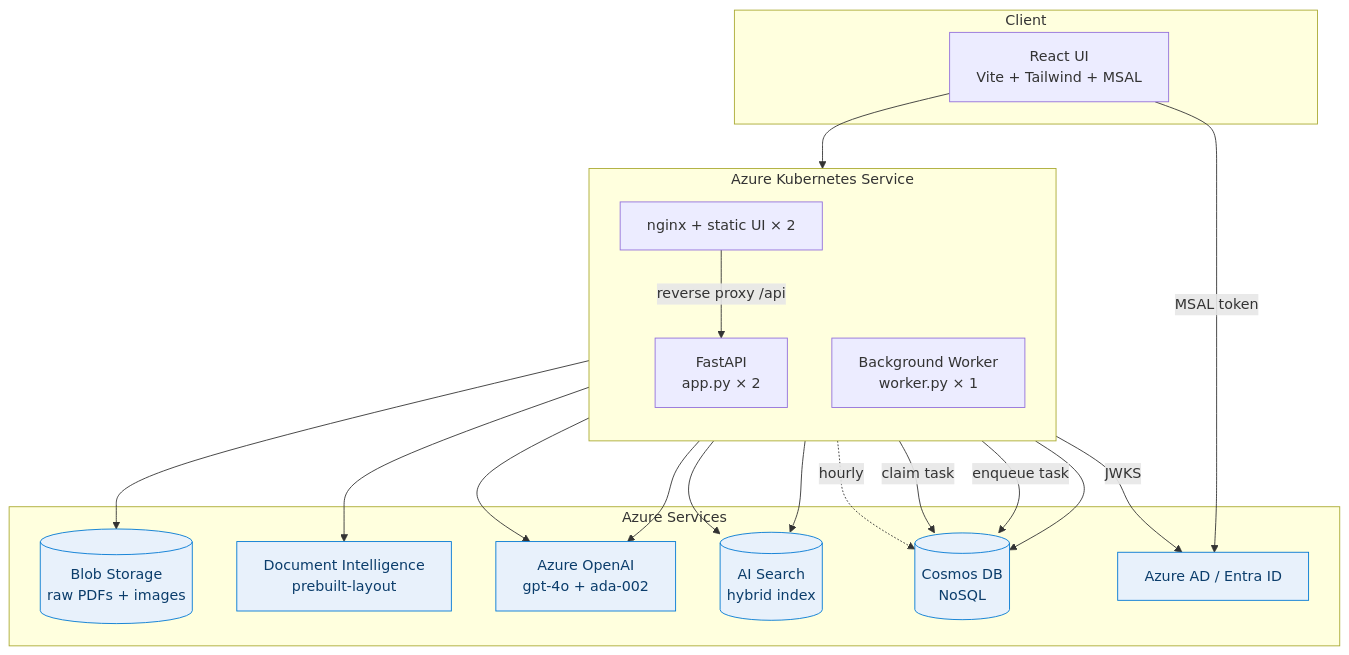
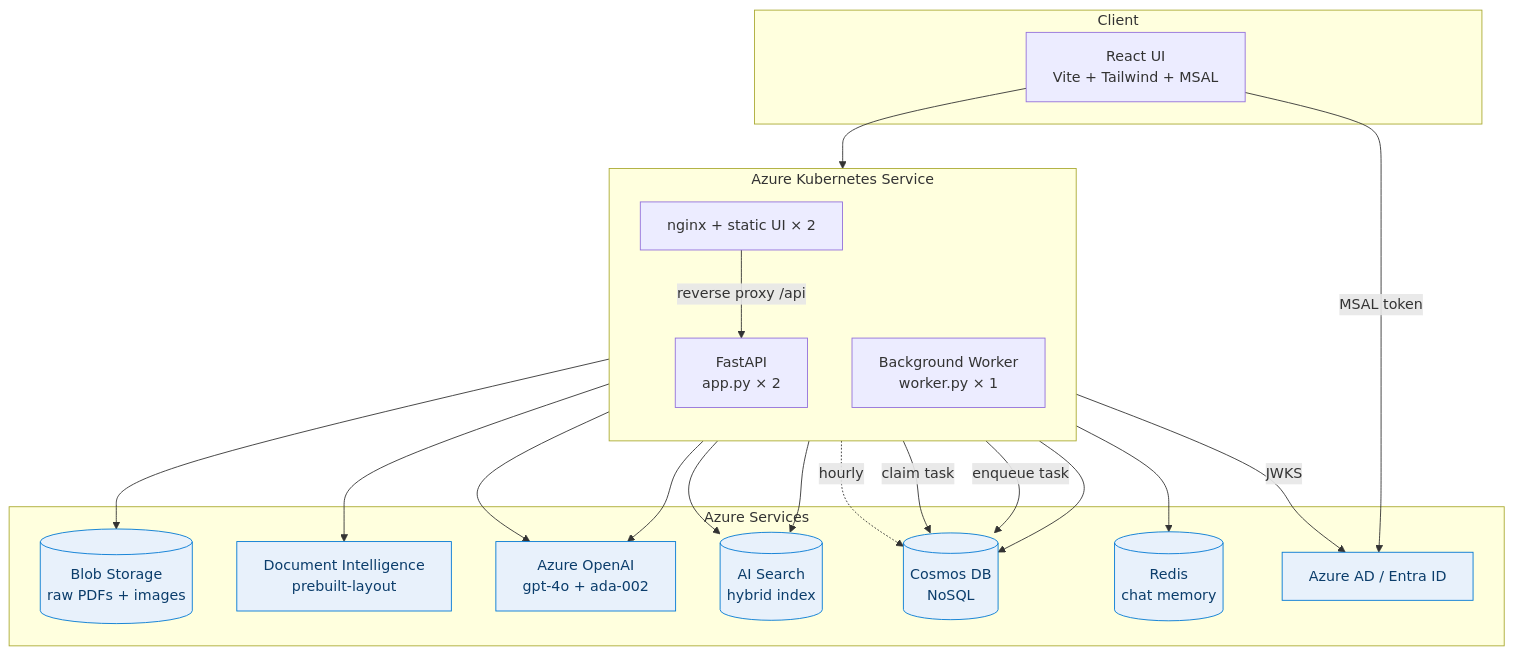
One commit to nishant5790/doc-mind-ai changed the first of 13 diagrams in docs/architecture.md. Above: the diagram before and after it, drawn with Mermaid. The commit also changed other lines of this file and 2 other files, not shown here.

````diff
--- a/docs/architecture.md
+++ b/docs/architecture.md
@@ -5,42 +5,44 @@
 ```mermaid
 flowchart TB
     subgraph Client
         UI[React UI<br/>Vite + Tailwind + MSAL]
     end
 
     subgraph AKS[Azure Kubernetes Service]
         direction TB
         API[FastAPI<br/>app.py × 2]
         Worker[Background Worker<br/>worker.py × 1]
         UIPod[nginx + static UI × 2]
     end
 
     subgraph Azure[Azure Services]
         Blob[(Blob Storage<br/>raw PDFs + images)]
         DocIntel[Document Intelligence<br/>prebuilt-layout]
         OpenAI[Azure OpenAI<br/>gpt-4o + ada-002]
         Search[(AI Search<br/>hybrid index)]
         Cosmos[(Cosmos DB<br/>NoSQL)]
+        Redis[(Redis<br/>chat memory)]
         AAD[Azure AD / Entra ID]
     end
 
     UI -->|MSAL token| AAD
     UI --> UIPod
     UIPod -->|reverse proxy /api| API
 
     API -->|JWKS| AAD
     API --> Cosmos
+    API --> Redis
     API --> Search
     API --> OpenAI
     API -->|enqueue task| Cosmos
 
     Worker -->|claim task| Cosmos
     Worker --> Blob
     Worker --> DocIntel
     Worker --> OpenAI
     Worker --> Search
     Worker -.hourly.-> Cosmos
 
     classDef azure fill:#e8f1fb,stroke:#0078d4,color:#0b3d6b;
-    class Blob,DocIntel,OpenAI,Search,Cosmos,AAD azure;
+    class Blob,DocIntel,OpenAI,Search,Cosmos,Redis,AAD azure;
 ```
````
